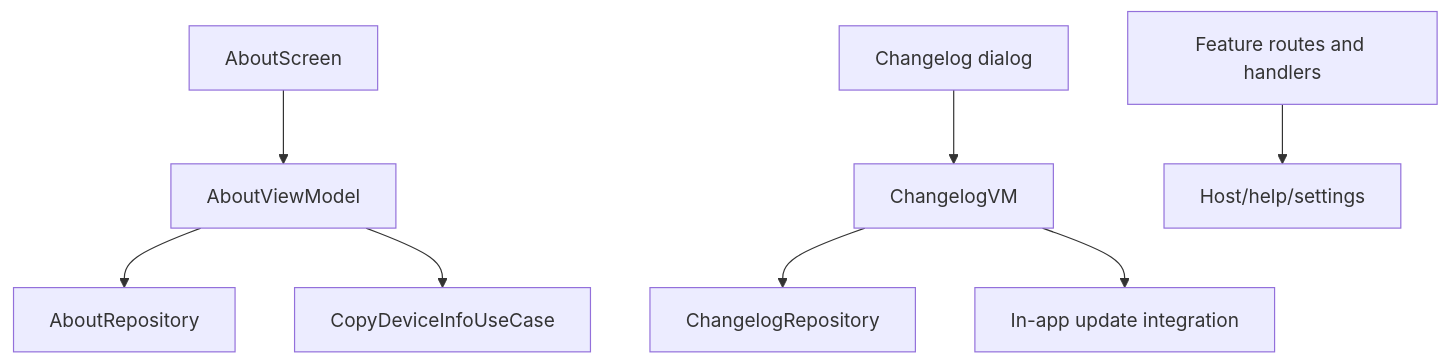
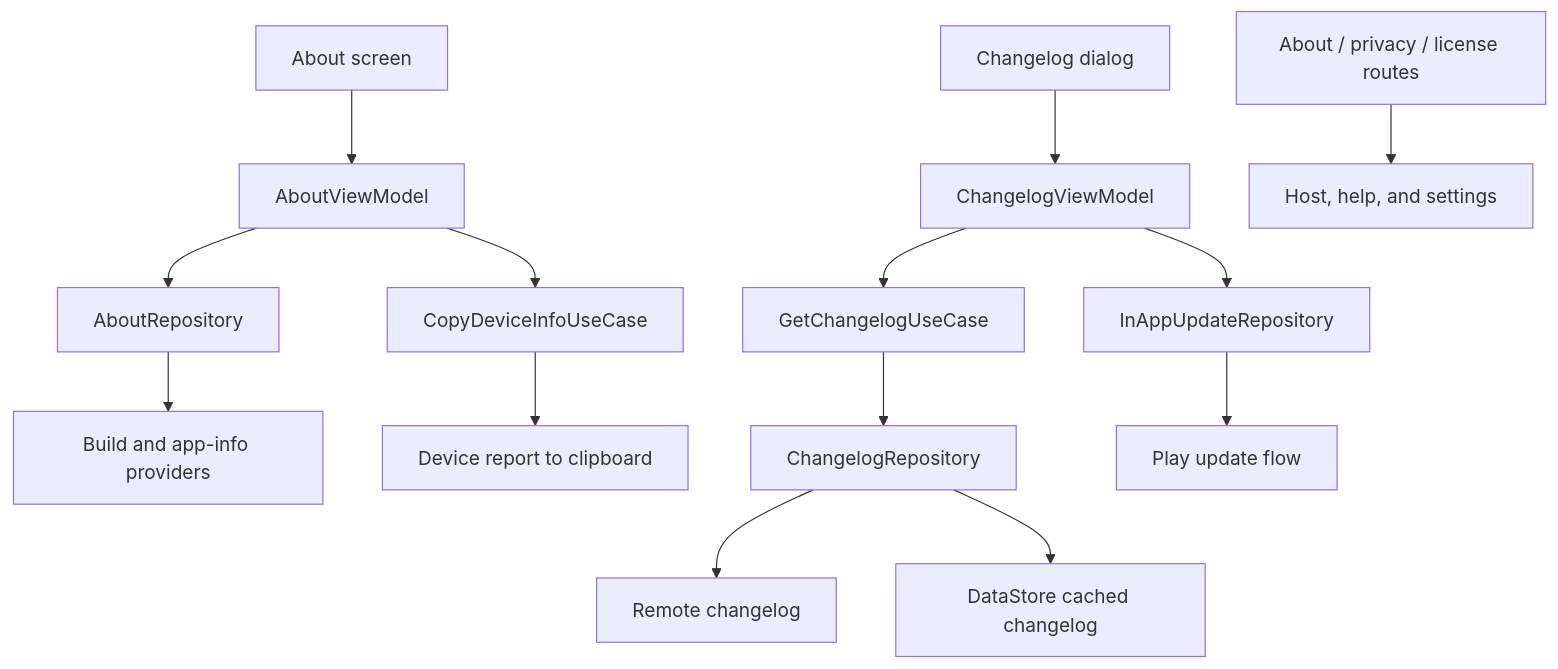
Before and after one commit to MihaiCristianCondrea/App-Toolkit-for-Android: the diagram in library/feature/about/README.md, drawn with Mermaid. The commit also changed other lines of this file and 57 other files, not shown here.

````diff
--- a/library/feature/about/README.md
+++ b/library/feature/about/README.md
@@ -44,10 +44,16 @@
 ```mermaid
 flowchart TD
-    AboutScreen --> AboutVM[AboutViewModel]
+    AboutScreen[About screen] --> AboutVM[AboutViewModel]
     AboutVM --> AboutRepo[AboutRepository]
+    AboutRepo --> Build[Build and app-info providers]
     AboutVM --> CopyUC[CopyDeviceInfoUseCase]
-    ChangelogUI[Changelog dialog] --> ChangelogVM
-    ChangelogVM --> ChangelogRepo[ChangelogRepository]
-    ChangelogVM --> Update[In-app update integration]
-    Nav[Feature routes and handlers] --> Consumers[Host/help/settings]
+    CopyUC --> Clipboard[Device report to clipboard]
+    ChangelogUI[Changelog dialog] --> ChangelogVM[ChangelogViewModel]
+    ChangelogVM --> GetChangelog[GetChangelogUseCase]
+    GetChangelog --> ChangelogRepo[ChangelogRepository]
+    ChangelogRepo --> Remote[Remote changelog]
+    ChangelogRepo --> Cache[DataStore cached changelog]
+    ChangelogVM --> Update[InAppUpdateRepository]
+    Update --> Play[Play update flow]
+    Routes[About / privacy / license routes] --> Consumers[Host, help, and settings]
 ```
````
